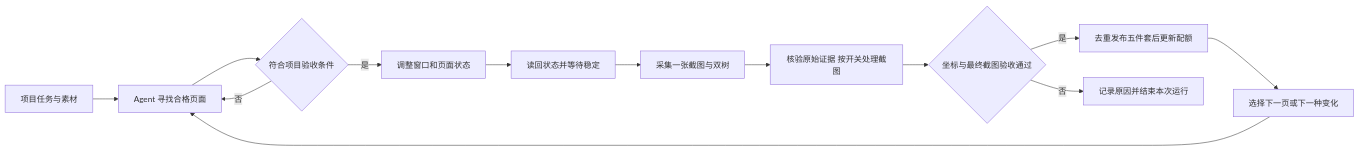
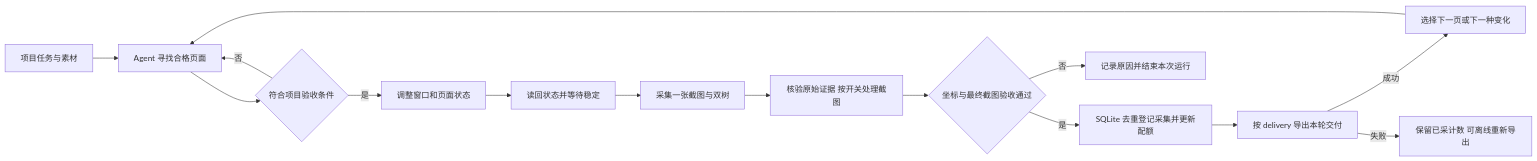
One commit to HoldThatThgt/Har-GUI changed the third of 8 diagrams in docs/design/harmony-gui-agent-collection.md. Above: the diagram before and after it, drawn with Mermaid. The commit also changed other lines of this file and 54 other files, not shown here.

````diff
--- a/docs/design/harmony-gui-agent-collection.md
+++ b/docs/design/harmony-gui-agent-collection.md
@@ -210,15 +229,17 @@
 ```mermaid
 flowchart LR
     Goal[项目任务与素材] --> Find[Agent 寻找合格页面]
     Find --> Judge{符合项目验收条件}
     Judge -->|否| Find
     Judge -->|是| Change[调整窗口和页面状态]
     Change --> Observe[读回状态并等待稳定]
     Observe --> Capture[采集一张截图与双树]
     Capture --> Prepare[核验原始证据 按开关处理截图]
     Prepare --> Check{坐标与最终截图验收通过}
-    Check -->|是| Save[去重发布五件套后更新配额]
+    Check -->|是| Save[SQLite 去重登记采集并更新配额]
     Check -->|否| Reason[记录原因并结束本次运行]
-    Save --> Next[选择下一页或下一种变化]
+    Save --> Export[按 delivery 导出本轮交付]
+    Export -->|成功| Next[选择下一页或下一种变化]
+    Export -->|失败| Retry[保留已采计数 可离线重新导出]
     Next --> Find
 ```
````
